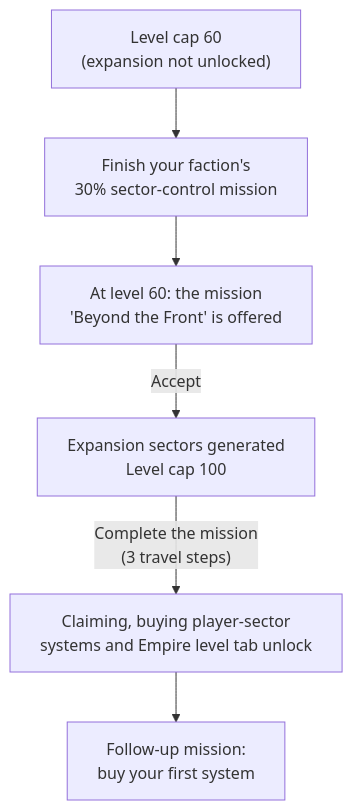
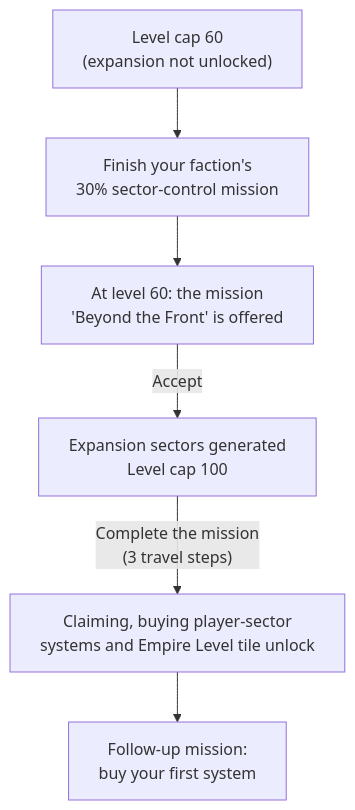
One commit to williammabernathy/Igi-s-QoL-Modpack changed the diagram in docs/mechanics/expansion/README.md. Above: the diagram before and after it, drawn with Mermaid. The commit also changed other lines of this file and 194 other files, not shown here.

````diff
--- a/docs/mechanics/expansion/README.md
+++ b/docs/mechanics/expansion/README.md
@@ -19,13 +19,13 @@
 ```mermaid
 ---
 config:
   flowchart:
     wrappingWidth: 320
 ---
 flowchart TD
     A["Level cap 60<br/>(expansion not unlocked)"] --> B["Finish your faction's<br/>30% sector-control mission"]
     B --> C["At level 60: the mission<br/>'Beyond the Front' is offered"]
     C -->|"Accept"| D["Expansion sectors generated<br/>Level cap 100"]
-    D -->|"Complete the mission<br/>(3 travel steps)"| E["Claiming, buying player-sector<br/>systems and Empire level tab unlock"]
+    D -->|"Complete the mission<br/>(3 travel steps)"| E["Claiming, buying player-sector<br/>systems and Empire Level tile unlock"]
     E --> F["Follow-up mission:<br/>buy your first system"]
 ```
````
